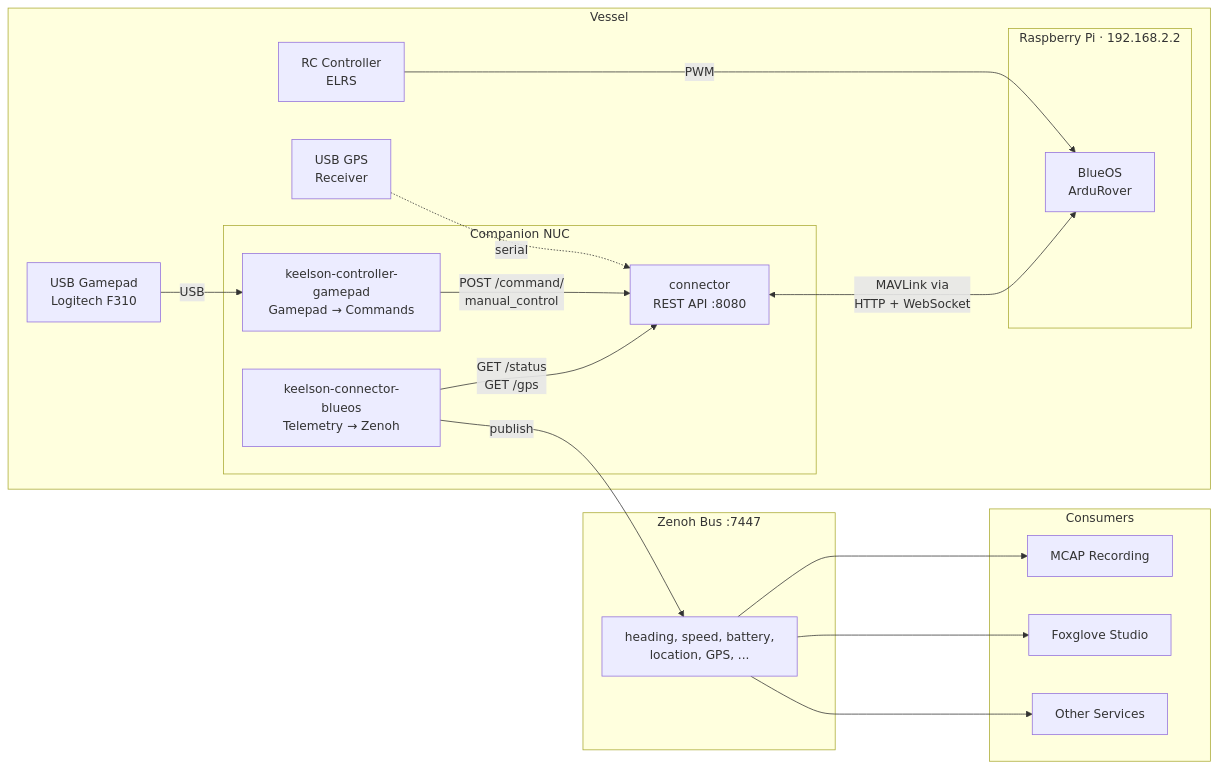
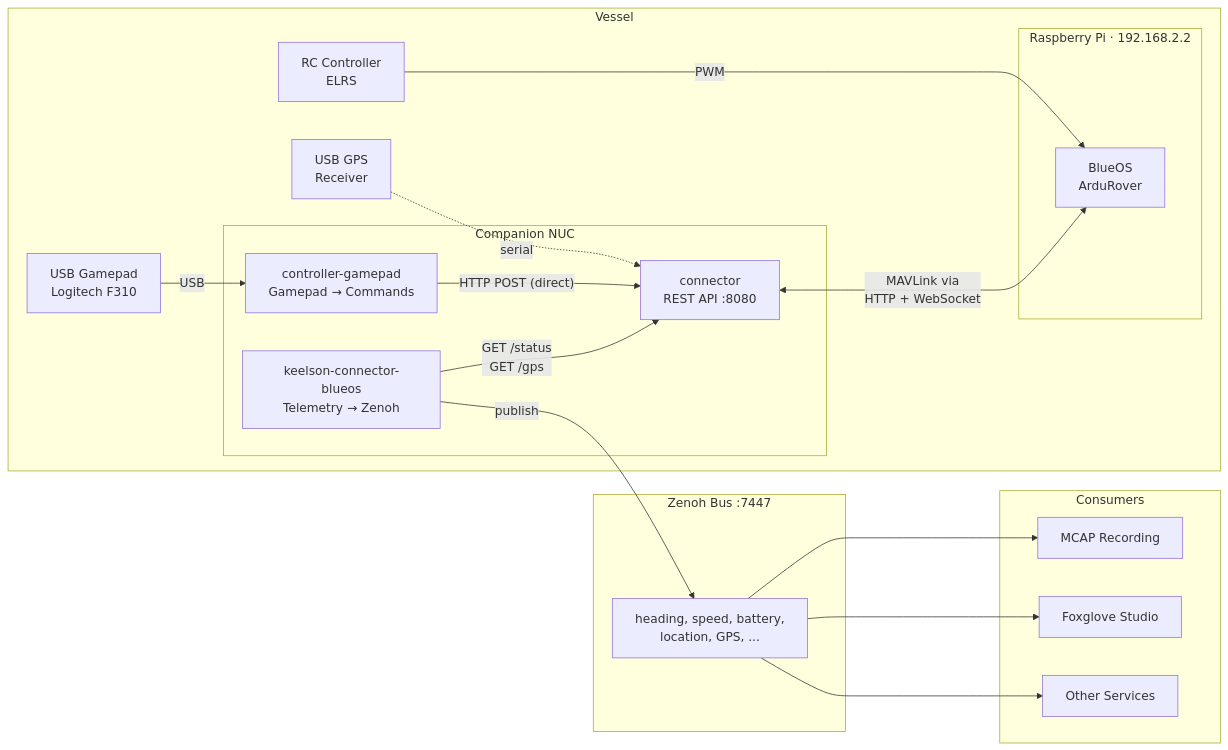
Before and after one commit to RISEMaxF/ssrsblue: the first of 2 diagrams in README.md, drawn with Mermaid. The commit also changed other lines of this file and 7 other files, not shown here.

First line of the commit message:
Rename keelson-controller-gamepad to controller-gamepad

````diff
--- a/README.md
+++ b/README.md
@@ -7,40 +7,40 @@
 ```mermaid
 graph LR
     subgraph Vessel
         RC[RC Controller<br/>ELRS]
         GPS[USB GPS<br/>Receiver]
         Gamepad[USB Gamepad<br/>Logitech F310]
 
         subgraph RPi [Raspberry Pi · 192.168.2.2]
             BlueOS[BlueOS<br/>ArduRover]
         end
 
         subgraph NUC [Companion NUC]
             Conn[connector<br/>REST API :8080]
             KC[keelson-connector-blueos<br/>Telemetry → Zenoh]
-            GC[keelson-controller-gamepad<br/>Gamepad → Commands]
+            GC[controller-gamepad<br/>Gamepad → Commands]
         end
 
         RC --->|PWM| BlueOS
         GPS -.->|serial| Conn
         Gamepad -->|USB| GC
     end
 
     subgraph Zenoh [Zenoh Bus :7447]
         Topics[heading, speed, battery,<br/>location, GPS, ...]
     end
 
     subgraph Consumers
         MCAP[MCAP Recording]
         Fox[Foxglove Studio]
         Svc[Other Services]
     end
 
     Conn <-->|MAVLink via<br/>HTTP + WebSocket| BlueOS
-    GC -->|POST /command/<br/>manual_control| Conn
+    GC -->|"HTTP POST (direct)"| Conn
     KC -->|GET /status<br/>GET /gps| Conn
     KC -->|publish| Topics
     Topics --> MCAP
     Topics --> Fox
     Topics --> Svc
 ```
````
